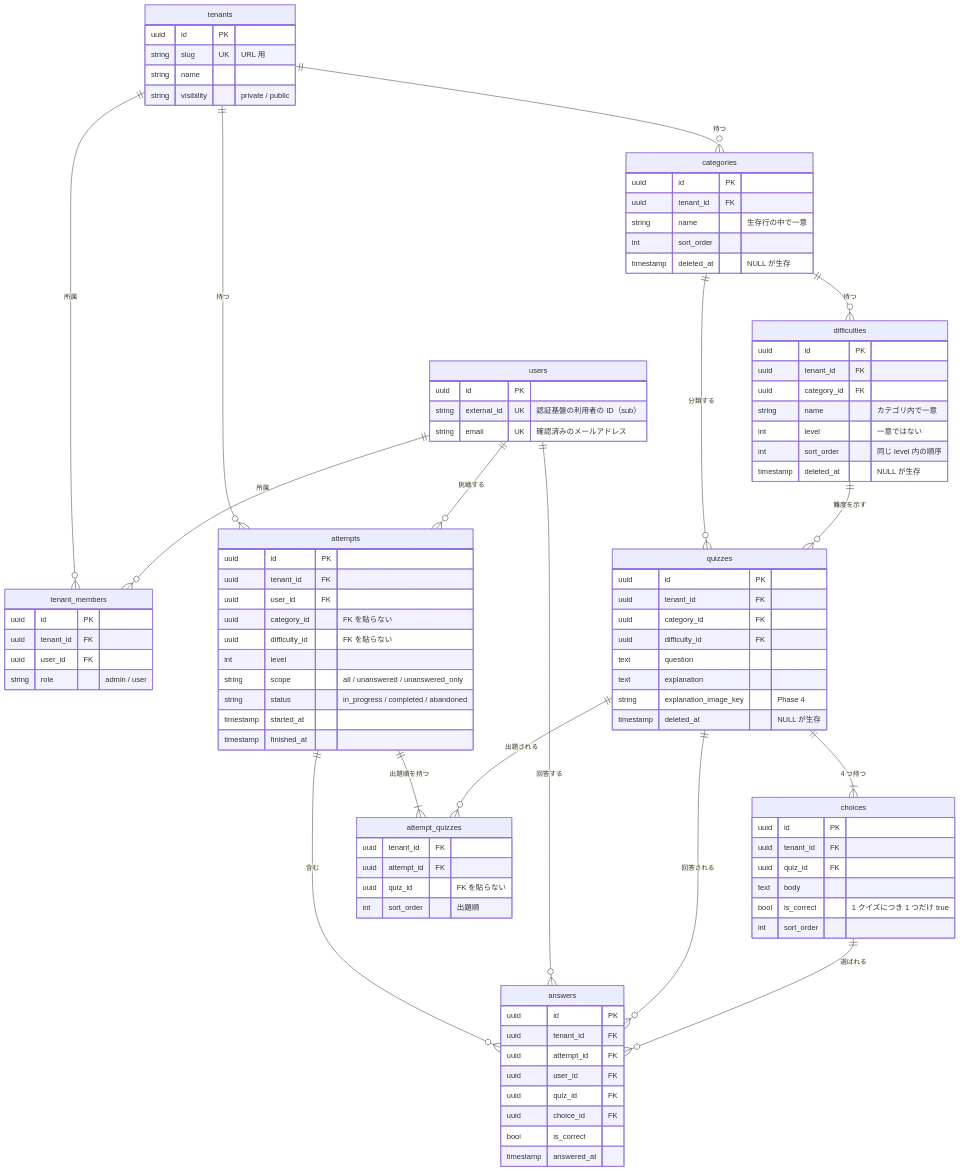
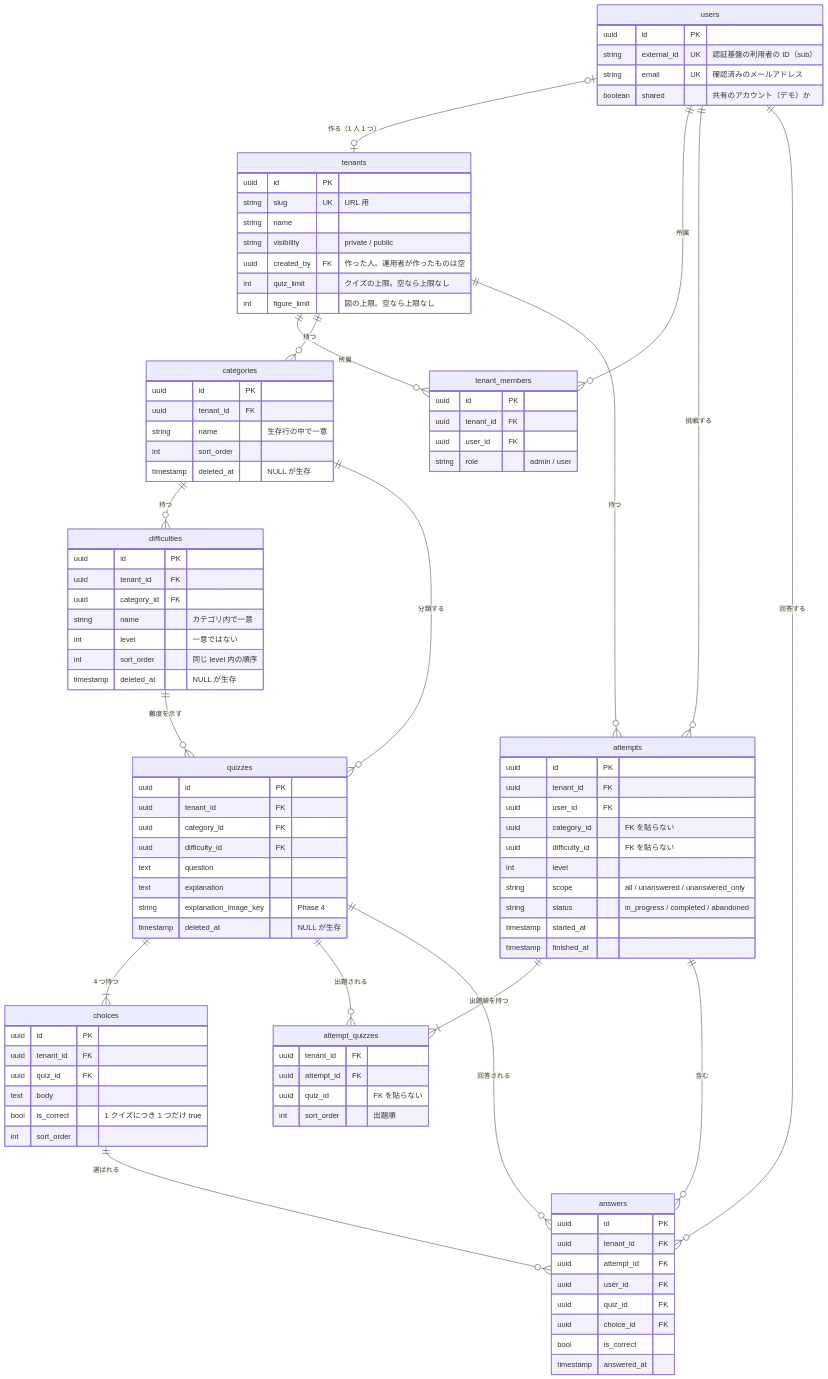
One commit to fujitamasayoshi0402/quiz-app changed the diagram in docs/domain-model.md. Above: the diagram before and after it, drawn with Mermaid. The commit also changed other lines of this file and 5 other files, not shown here.

````diff
--- a/docs/domain-model.md
+++ b/docs/domain-model.md
@@ -315,6 +327,7 @@
 ```mermaid
 erDiagram
     tenants ||--o{ tenant_members : "所属"
+    users |o--o| tenants : "作る（1 人 1 つ）"
     users ||--o{ tenant_members : "所属"
     tenants ||--o{ categories : "持つ"
     tenants ||--o{ attempts : "持つ"
@@ -335,6 +348,9 @@
         string slug UK "URL 用"
         string name
         string visibility "private / public"
+        uuid created_by FK "作った人。運用者が作ったものは空"
+        int quiz_limit "クイズの上限。空なら上限なし"
+        int figure_limit "図の上限。空なら上限なし"
     }
     tenant_members {
         uuid id PK
@@ -346,6 +362,7 @@
         uuid id PK
         string external_id UK "認証基盤の利用者の ID（sub）"
         string email UK "確認済みのメールアドレス"
+        boolean shared "共有のアカウント（デモ）か"
     }
     categories {
         uuid id PK
````
